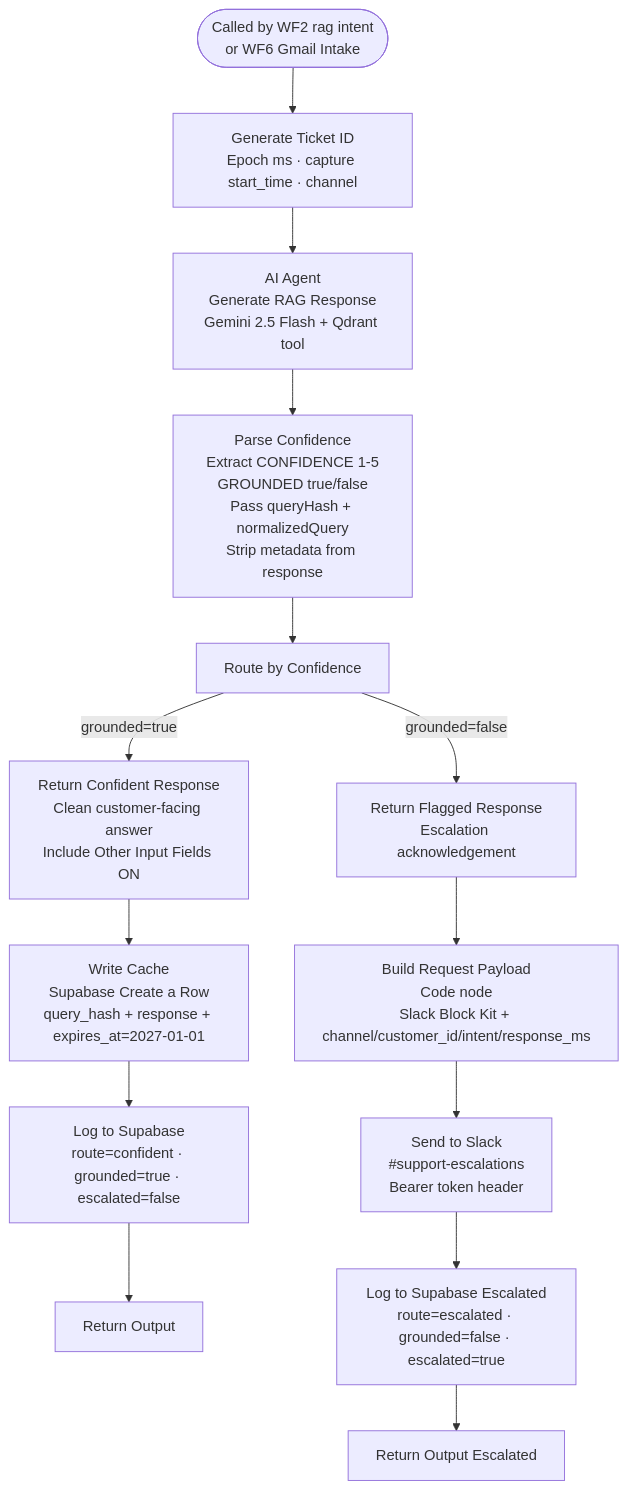
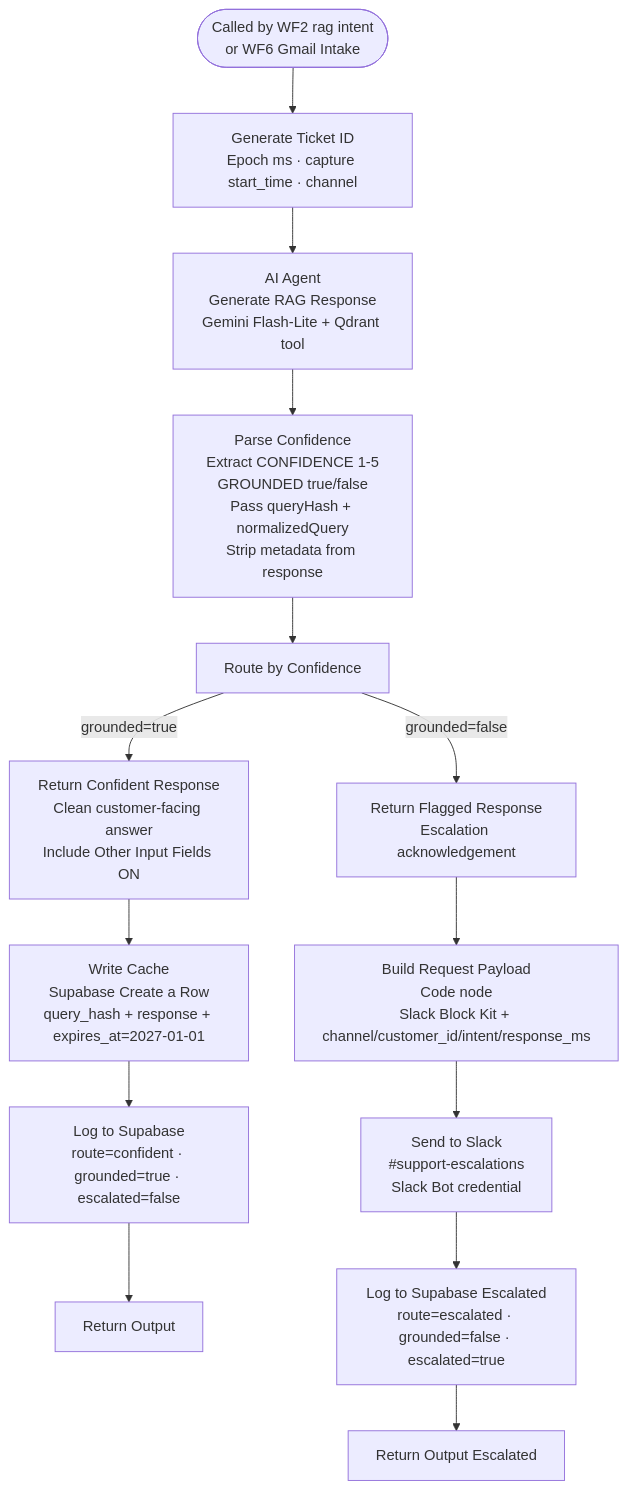
Before and after one commit to ShafqaatMalik/n8n-cx-agent: the diagram in docs/WF4_RAG_Resolution.md, drawn with Mermaid. The commit also changed other lines of this file and 7 other files, not shown here.

````diff
--- a/docs/WF4_RAG_Resolution.md
+++ b/docs/WF4_RAG_Resolution.md
@@ -7,19 +7,19 @@
 ```mermaid
 flowchart TD
     A([Called by WF2 rag intent\nor WF6 Gmail Intake]) --> B[Generate Ticket ID\nEpoch ms · capture start_time · channel]
-    B --> C[AI Agent\nGenerate RAG Response\nGemini 2.5 Flash + Qdrant tool]
+    B --> C[AI Agent\nGenerate RAG Response\nGemini Flash-Lite + Qdrant tool]
     C --> D[Parse Confidence\nExtract CONFIDENCE 1-5\nGROUNDED true/false\nPass queryHash + normalizedQuery\nStrip metadata from response]
     D --> E[Route by Confidence]
 
     E -->|grounded=true| F[Return Confident Response\nClean customer-facing answer\nInclude Other Input Fields ON]
     E -->|grounded=false| G[Return Flagged Response\nEscalation acknowledgement]
 
     F --> H[Write Cache\nSupabase Create a Row\nquery_hash + response + expires_at=2027-01-01]
     H --> I[Log to Supabase\nroute=confident · grounded=true · escalated=false]
     I --> J[Return Output]
 
     G --> K[Build Request Payload\nCode node\nSlack Block Kit + channel/customer_id/intent/response_ms]
-    K --> L[Send to Slack\n#support-escalations\nBearer token header]
+    K --> L[Send to Slack\n#support-escalations\nSlack Bot credential]
     L --> M[Log to Supabase Escalated\nroute=escalated · grounded=false · escalated=true]
     M --> N[Return Output Escalated]
 ```
````
